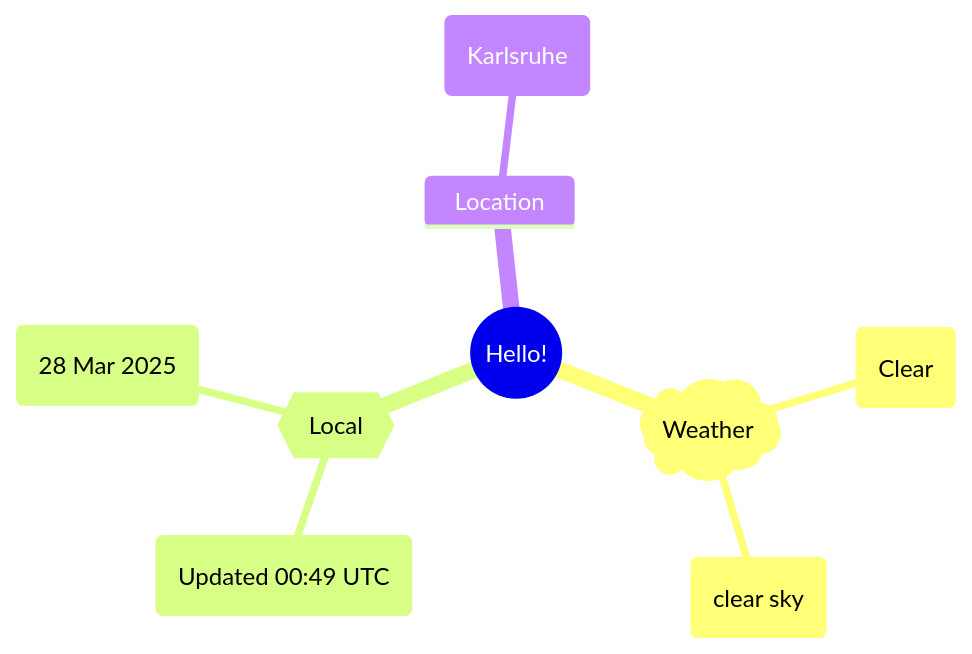
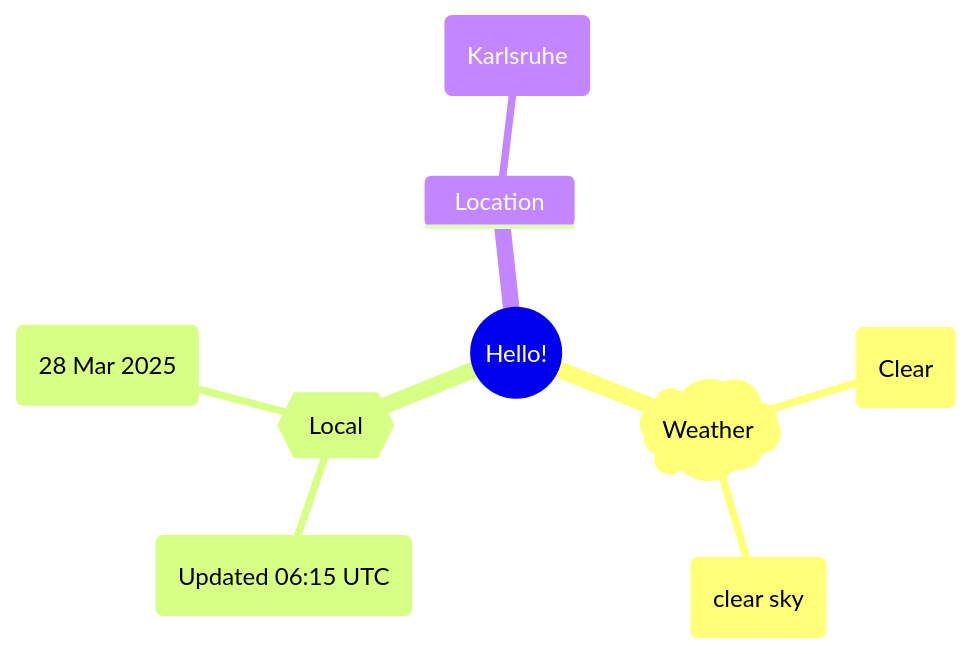
Before and after one commit to Xosrov/Xosrov: the first of 2 diagrams in README.md, drawn with Mermaid.

Commit message:
[bot] updated images

````diff
--- a/README.md
+++ b/README.md
@@ -3,12 +3,12 @@
 ```mermaid
 mindmap
   root((Hello!))
     )Weather(
         (Clear)
         (clear sky)
     {{Local}}
-        (Updated 00:49 UTC)
+        (Updated 06:15 UTC)
         (28 Mar 2025)
     Location
         (Karlsruhe)
 ```
````
